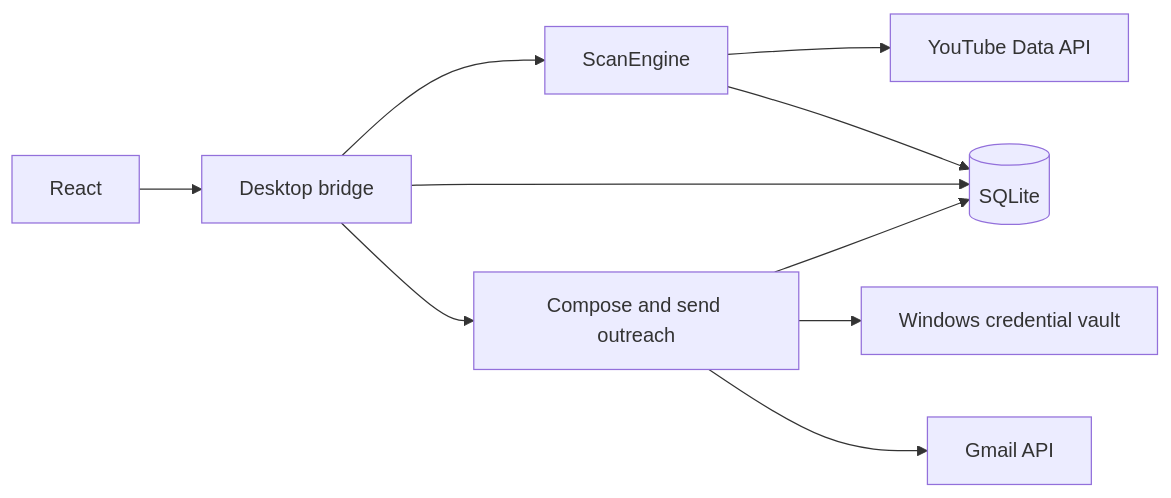
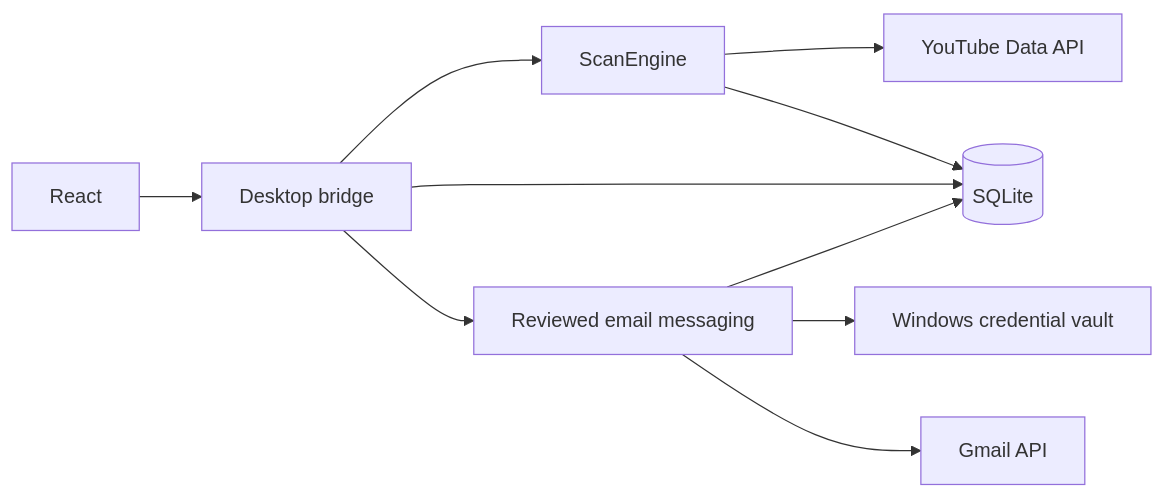
Before and after one commit to AzuraDev202/Ytb-Bot: the diagram in docs/engineering/ARCHITECTURE.md, drawn with Mermaid. The commit also changed other lines of this file and 7 other files, not shown here.

````diff
--- a/docs/engineering/ARCHITECTURE.md
+++ b/docs/engineering/ARCHITECTURE.md
@@ -37,12 +37,12 @@
 ```mermaid
 flowchart LR
     UI[React] --> Bridge[Desktop bridge]
     Bridge --> Scan[ScanEngine]
     Scan --> YouTube[YouTube Data API]
     Scan --> Store[(SQLite)]
     Bridge --> Store
-    Bridge --> Outreach[Compose and send outreach]
+    Bridge --> Outreach[Reviewed email messaging]
     Outreach --> Store
     Outreach --> Vault[Windows credential vault]
     Outreach --> Gmail[Gmail API]
 ```
````
